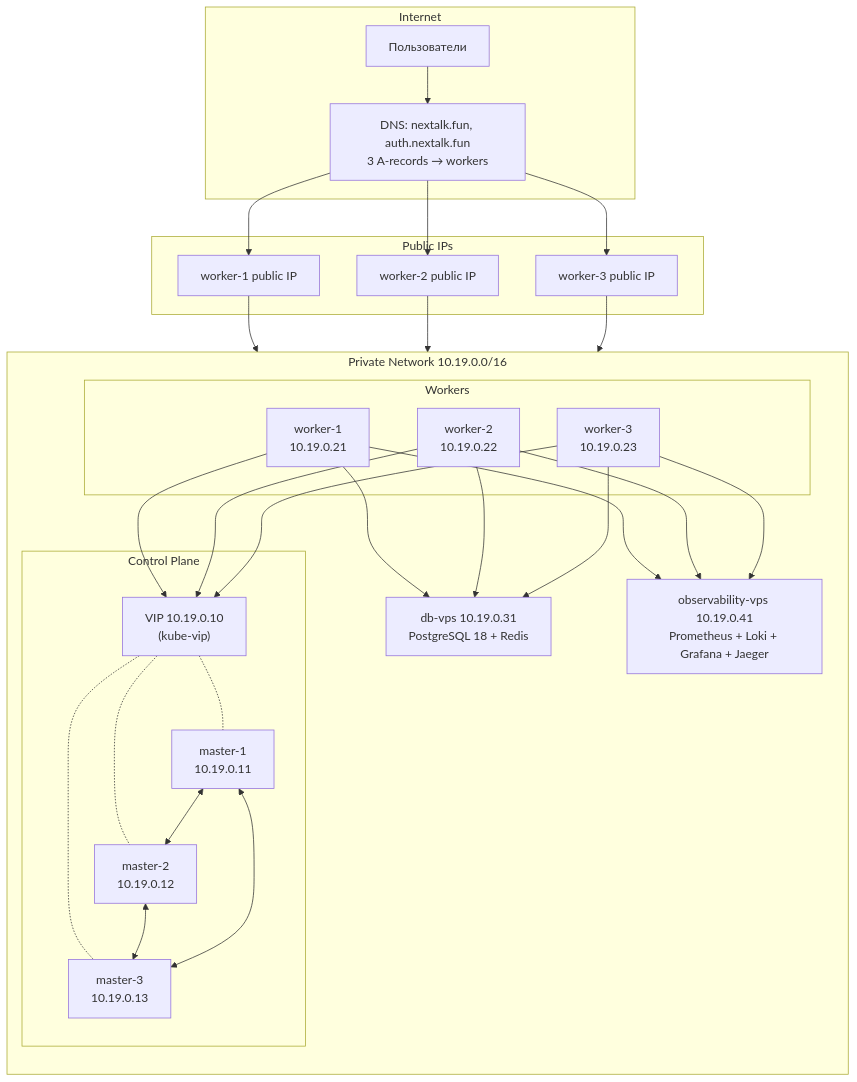
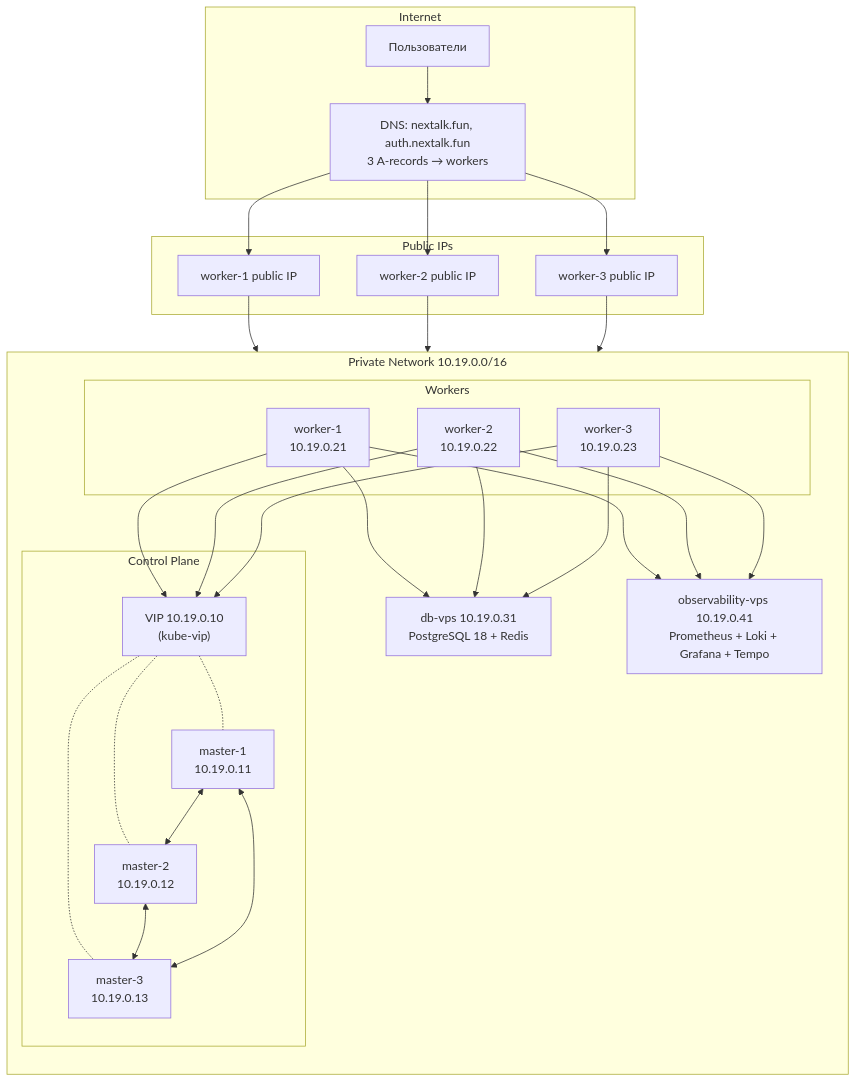
One commit to nextalkhub/NexTalk changed the diagram in docs/deployment.md. Above: the diagram before and after it, drawn with Mermaid. The commit also changed other lines of this file and 2 other files, not shown here.

Commit message:
chart+docs: переход с Jaeger на Tempo для трассировок

````diff
--- a/docs/deployment.md
+++ b/docs/deployment.md
@@ -59,57 +59,57 @@
 ```mermaid
 graph TB
     subgraph "Internet"
         U[Пользователи]
         DNS["DNS: nextalk.fun, auth.nextalk.fun<br/>3 A-records → workers"]
     end
 
     subgraph "Public IPs"
         W1Pub["worker-1 public IP"]
         W2Pub["worker-2 public IP"]
         W3Pub["worker-3 public IP"]
     end
 
     subgraph "Private Network 10.19.0.0/16"
         direction TB
 
         subgraph "Control Plane"
             VIP["VIP 10.19.0.10<br/>(kube-vip)"]
             M1["master-1<br/>10.19.0.11"]
             M2["master-2<br/>10.19.0.12"]
             M3["master-3<br/>10.19.0.13"]
             VIP -.- M1
             VIP -.- M2
             VIP -.- M3
             M1 <--> M2
             M2 <--> M3
             M1 <--> M3
         end
 
         subgraph "Workers"
             W1["worker-1<br/>10.19.0.21"]
             W2["worker-2<br/>10.19.0.22"]
             W3["worker-3<br/>10.19.0.23"]
         end
 
         DB["db-vps 10.19.0.31<br/>PostgreSQL 18 + Redis"]
-        OBS["observability-vps 10.19.0.41<br/>Prometheus + Loki + Grafana + Jaeger"]
+        OBS["observability-vps 10.19.0.41<br/>Prometheus + Loki + Grafana + Tempo"]
 
         W1 --> VIP
         W2 --> VIP
         W3 --> VIP
         W1 --> DB
         W2 --> DB
         W3 --> DB
         W1 --> OBS
         W2 --> OBS
         W3 --> OBS
     end
 
     U --> DNS
     DNS --> W1Pub
     DNS --> W2Pub
     DNS --> W3Pub
     W1Pub --> W1
     W2Pub --> W2
     W3Pub --> W3
 ```
````
